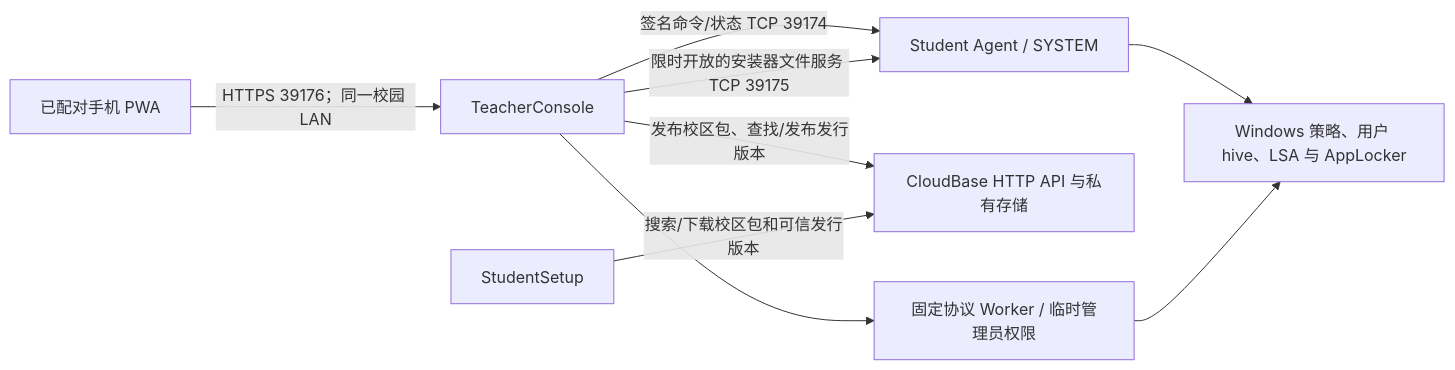
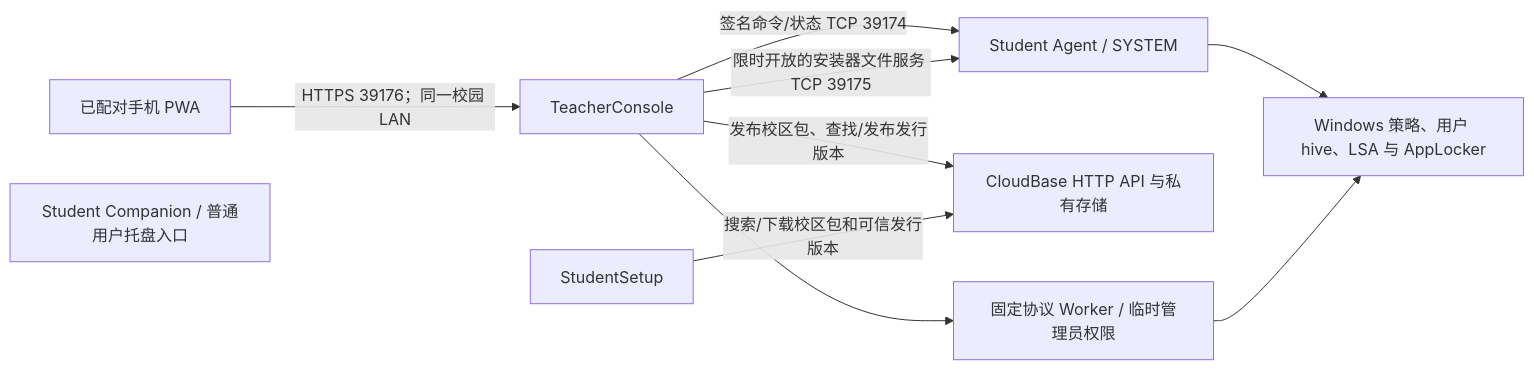
One commit to Ljc798/veyon-campus-deployment changed the diagram in docs/veyon_architecture_summary.md. Above: the diagram before and after it, drawn with Mermaid. The commit also changed other lines of this file and 25 other files, not shown here.

Commit message:
feat: add student companion tray app

````diff
--- a/docs/veyon_architecture_summary.md
+++ b/docs/veyon_architecture_summary.md
@@ -23,11 +26,12 @@
 ```mermaid
 flowchart LR
   Phone[已配对手机 PWA] -->|HTTPS 39176；同一校园 LAN| Teacher[TeacherConsole]
   Teacher -->|签名命令/状态 TCP 39174| Agent[Student Agent / SYSTEM]
   Teacher -->|限时开放的安装器文件服务 TCP 39175| Agent
   Teacher -->|发布校区包、查找/发布发行版本| Cloud[CloudBase HTTP API 与私有存储]
   Student[StudentSetup] -->|搜索/下载校区包和可信发行版本| Cloud
+  Companion[Student Companion / 普通用户托盘入口]
   Agent --> OS[Windows 策略、用户 hive、LSA 与 AppLocker]
   Teacher --> Worker[固定协议 Worker / 临时管理员权限]
   Worker --> OS
 ```
````
